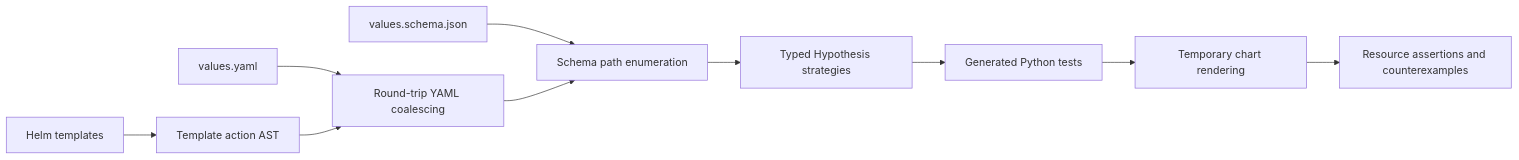
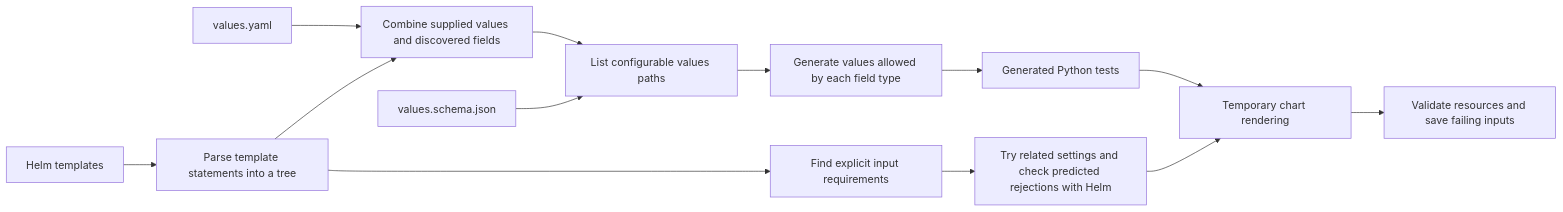
One commit to actions-marketplace-validations/astrivant_hypothesis-helm changed the diagram in docs/architecture/README.md. Above: the diagram before and after it, drawn with Mermaid. The commit also changed other lines of this file and 21532 other files, not shown here.

````diff
--- a/docs/architecture/README.md
+++ b/docs/architecture/README.md
@@ -5,12 +11,15 @@
 ```mermaid
 flowchart LR
-    Values[values.yaml] --> Coalesce[Round-trip YAML coalescing]
-    Templates[Helm templates] --> AST[Template action AST]
+    Values[values.yaml] --> Coalesce[Combine supplied values and discovered fields]
+    Templates[Helm templates] --> AST[Parse template statements into a tree]
     AST --> Coalesce
-    Schema[values.schema.json] --> Paths[Schema path enumeration]
+    AST --> Contracts[Find explicit input requirements]
+    Schema[values.schema.json] --> Paths[List configurable values paths]
     Coalesce --> Paths
-    Paths --> Strategies[Typed Hypothesis strategies]
+    Paths --> Strategies[Generate values allowed by each field type]
     Strategies --> Tests[Generated Python tests]
+    Contracts --> Guidance[Try related settings and check predicted rejections with Helm]
+    Guidance --> Helm
     Tests --> Helm[Temporary chart rendering]
-    Helm --> Assertions[Resource assertions and counterexamples]
+    Helm --> Assertions[Validate resources and save failing inputs]
 ```
````
